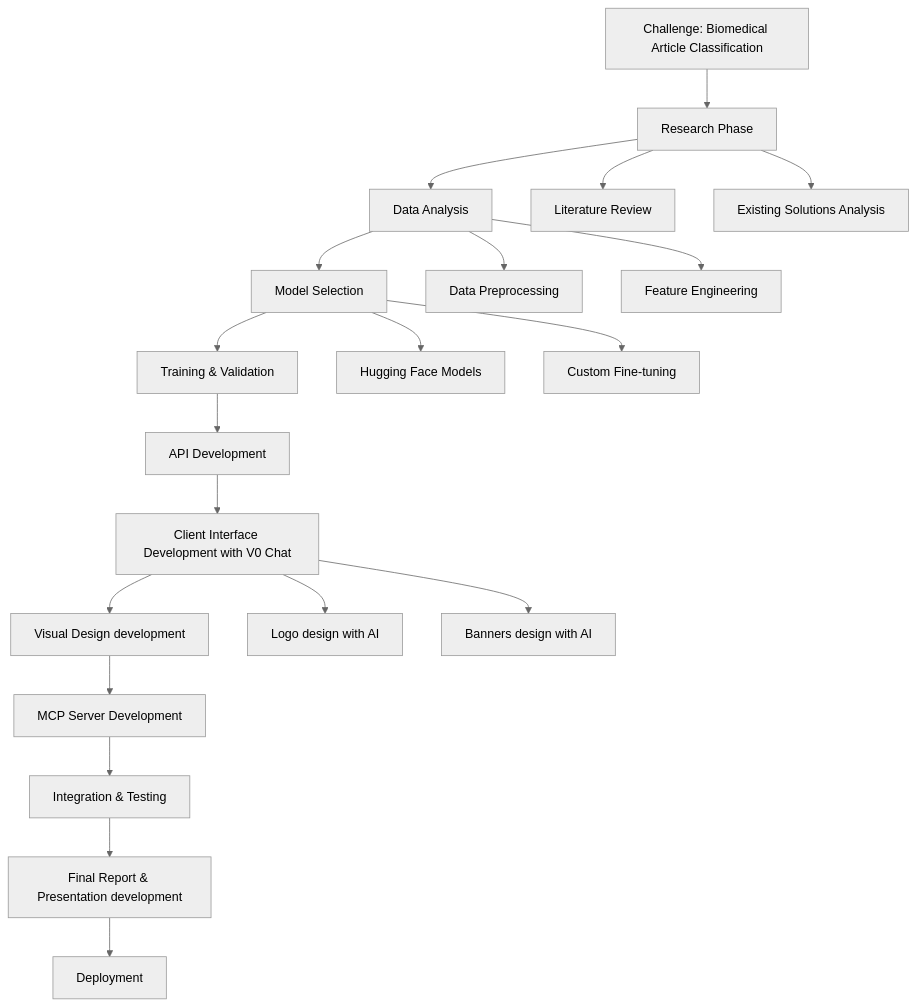
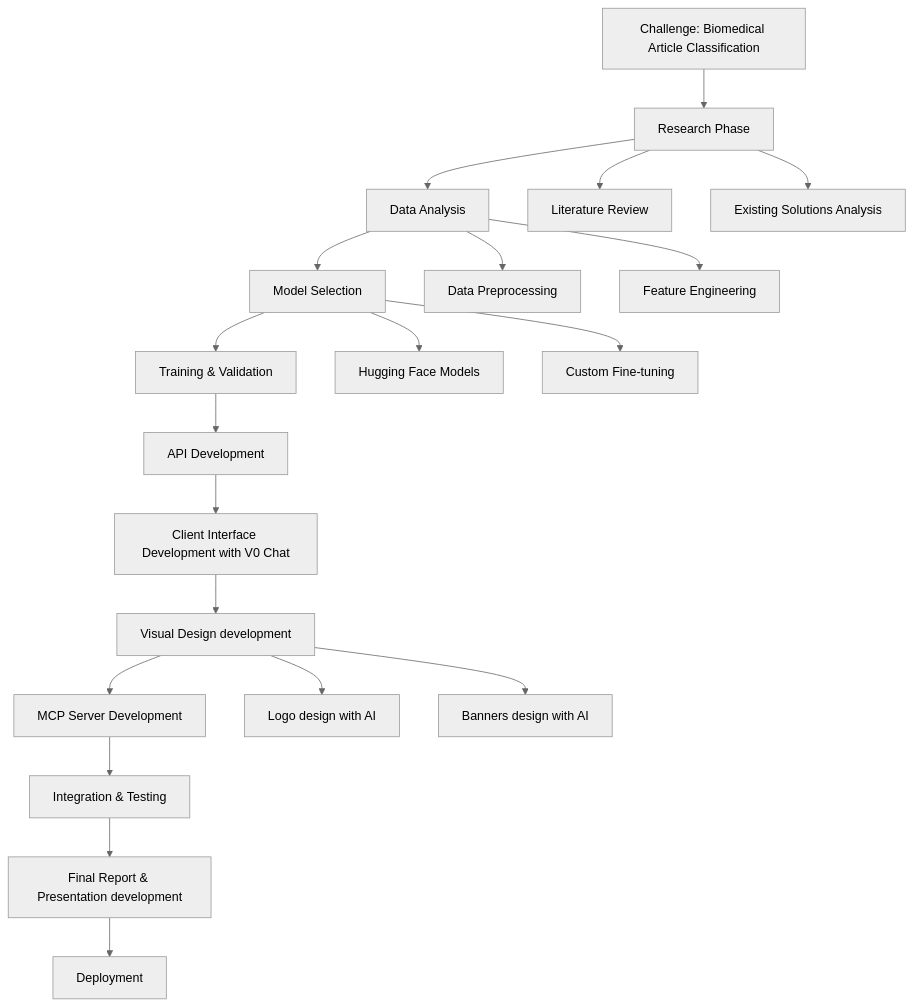
One commit to tomkat-cr/abstractgo changed the first of 5 diagrams in README.md. Above: the diagram before and after it, drawn with Mermaid (neutral theme). The commit also changed other lines of this file and 2 other files, not shown here.

````diff
--- a/README.md
+++ b/README.md
@@ -380,24 +379,24 @@
 ```mermaid
 flowchart TD
     A[Challenge: Biomedical Article Classification] --> B[Research Phase]
     B --> C[Data Analysis]
     C --> D[Model Selection]
     D --> E[Training & Validation]
     E --> F[API Development]
     F --> G[Client Interface Development with V0 Chat]
     G --> H[Visual Design development]
     H --> I[MCP Server Development]
     I --> J[Integration & Testing]
     J --> K[Final Report & Presentation development]
     K --> L[Deployment]
     
     B --> B1[Literature Review]
     B --> B2[Existing Solutions Analysis]
     C --> C1[Data Preprocessing]
     C --> C2[Feature Engineering]
     D --> D1[Hugging Face Models]
     D --> D2[Custom Fine-tuning]
 
-    G --> G1[Logo design with AI]
-    G --> G2[Banners design with AI]
+    H --> H1[Logo design with AI]
+    H --> H2[Banners design with AI]
 ```
````
